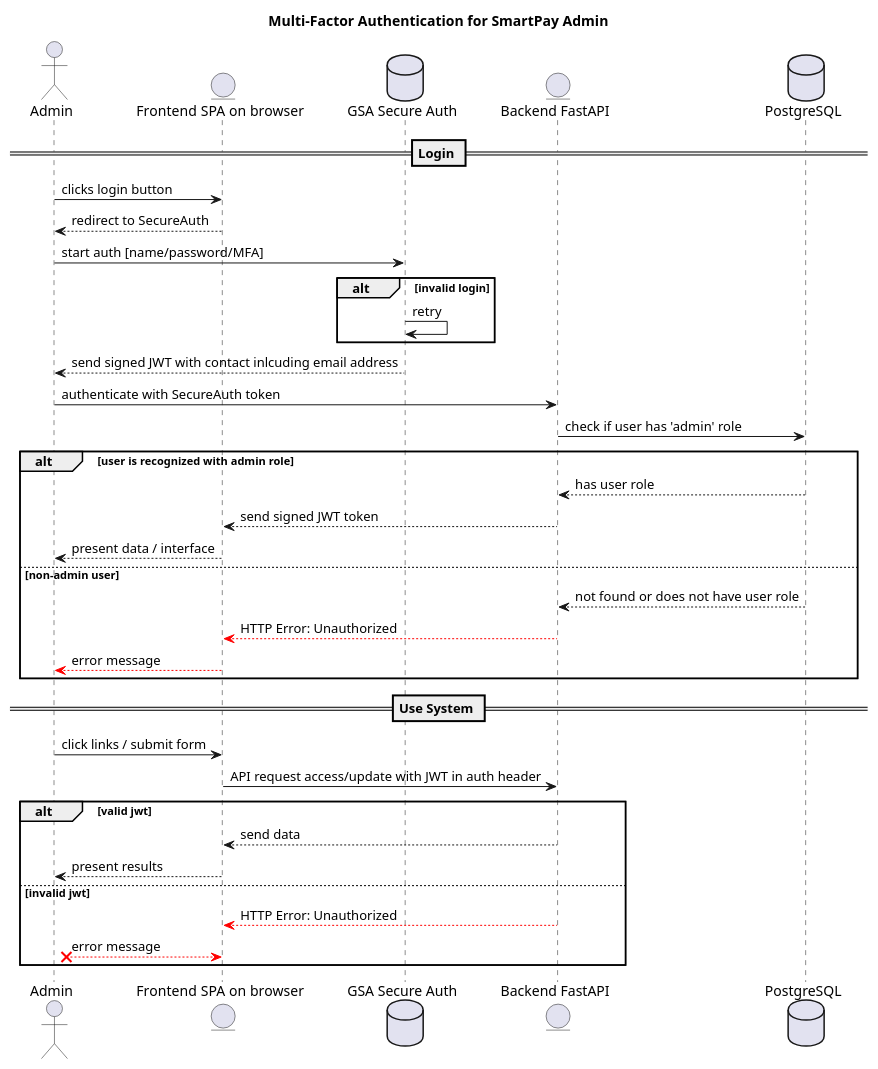
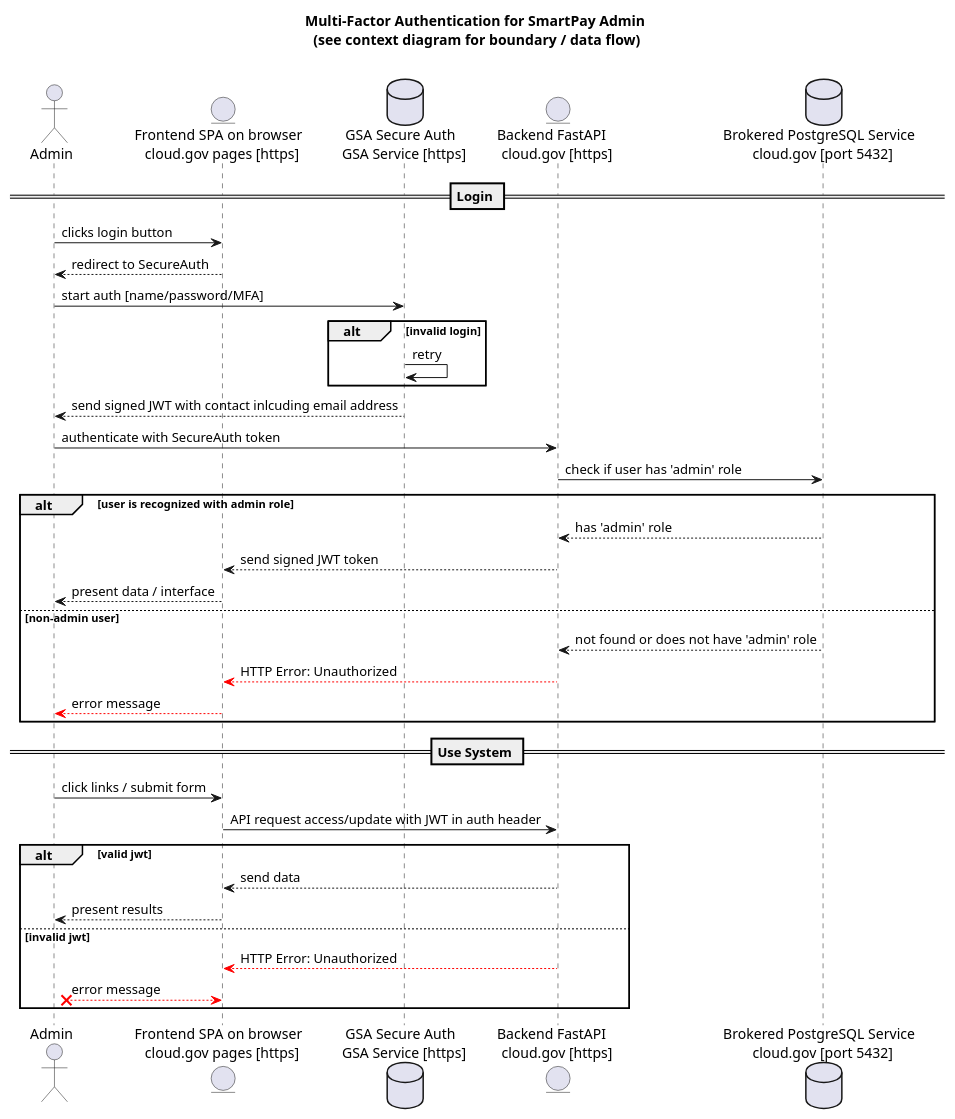
One commit to GSA/smartpay-training changed the diagram in docs/diagrams/smartpay_admin_auth_sequence.puml. Above: the diagram before and after it, drawn with PlantUML. The commit also changed 11 other files, not shown here.

```diff
--- a/docs/diagrams/smartpay_admin_auth_sequence.puml
+++ b/docs/diagrams/smartpay_admin_auth_sequence.puml
@@ -1,40 +1,40 @@
 @startuml SmartPay_Admin_Login
-title Multi-Factor Authentication for SmartPay Admin
+title Multi-Factor Authentication for SmartPay Admin \n (see context diagram for boundary / data flow) \n
 actor Admin as user
-entity "Frontend SPA on browser" as frontend
-database "GSA Secure Auth" as auth
-entity "Backend FastAPI" as backend
-database PostgreSQL as database
+entity "Frontend SPA on browser \n cloud.gov pages [https]" as frontend
+database "GSA Secure Auth \n GSA Service [https]" as auth
+entity "Backend FastAPI  \n cloud.gov [https]" as backend
+database "Brokered PostgreSQL Service \n cloud.gov [port 5432]" as database
 == Login ==
 
 user -> frontend: clicks login button
 user <-- frontend: redirect to SecureAuth
 user -> auth: start auth [name/password/MFA]
 alt invalid login
   auth -> auth: retry
 end
 
 user <-- auth: send signed JWT with contact inlcuding email address
 user -> backend: authenticate with SecureAuth token
 backend -> database: check if user has 'admin' role
 
 alt user is recognized with admin role
-  backend <-- database: has user role
+  backend <-- database: has 'admin' role
   frontend <-- backend: send signed JWT token
   user <-- frontend: present data / interface
 else non-admin user
-  backend <-- database: not found or does not have user role
+  backend <-- database: not found or does not have 'admin' role
   frontend <--[#red] backend: HTTP Error: Unauthorized
   user <--[#red] frontend: error message
 end
 == Use System ==
 user -> frontend: click links / submit form
 frontend -> backend: API request access/update with JWT in auth header
 alt valid jwt
   frontend <-- backend: send data
   user <-- frontend: present results
 else invalid jwt
   frontend <--[#red] backend: HTTP Error: Unauthorized
   user x--[#red] frontend: error message
 end
 @enduml
```
